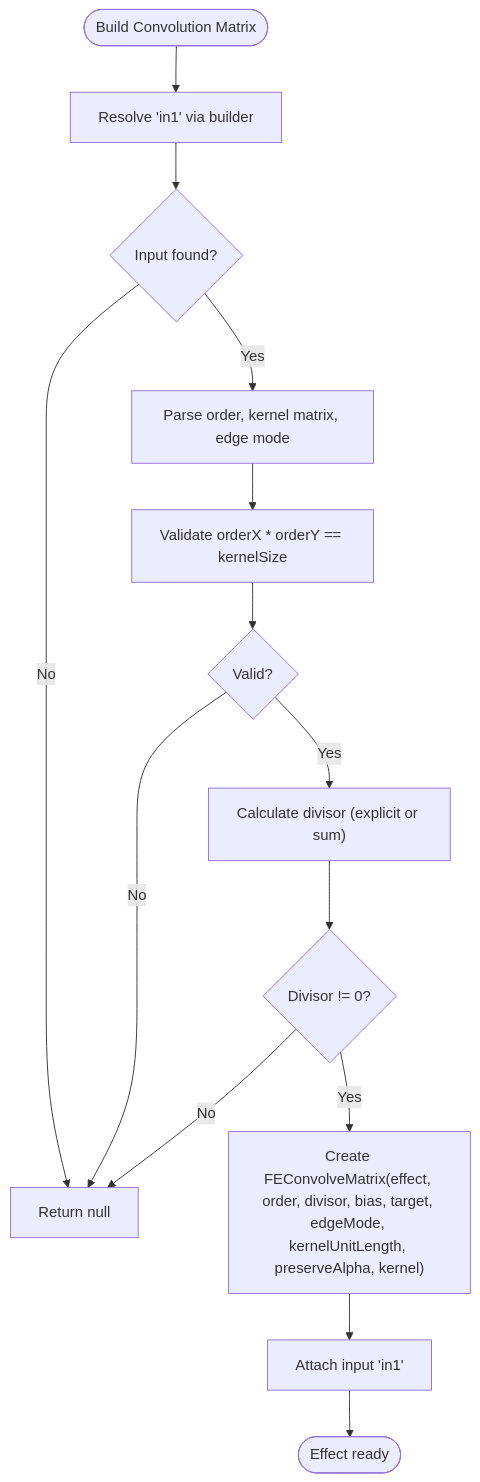
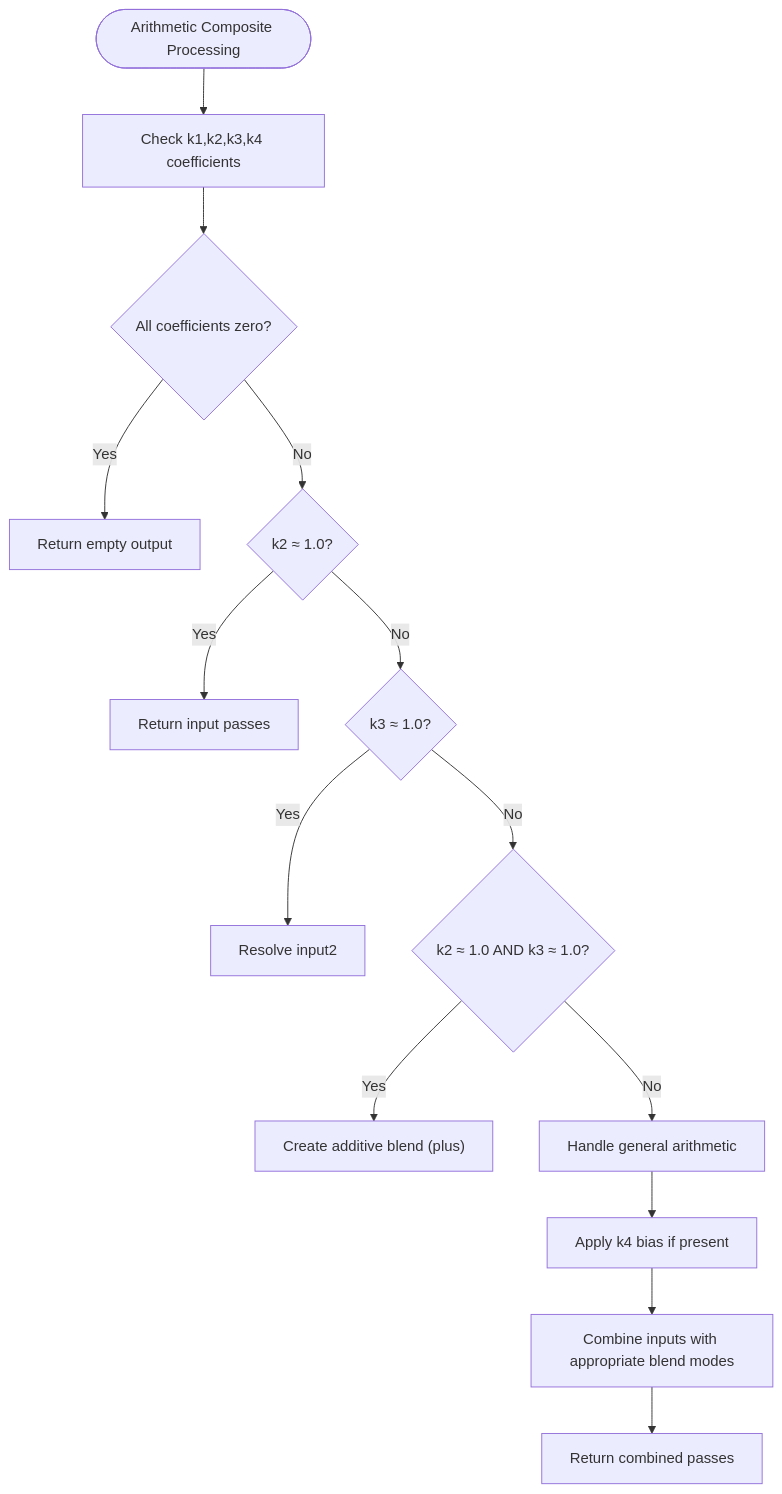
The fourth of 4 diagrams in .qoder/repowiki/en/content/Animated SVG Support/Advanced Animation Features/SVG Filters and Effects/SVG Filters and Effects.md (denisnadey/flutter_full_svg_support), drawn with Mermaid before and after one commit. The commit also changed other lines of this file and 31 other files, not shown here.

````diff
--- a/.qoder/repowiki/en/content/Animated SVG Support/Advanced Animation Features/SVG Filters and Effects/SVG Filters and Effects.md
+++ b/.qoder/repowiki/en/content/Animated SVG Support/Advanced Animation Features/SVG Filters and Effects/SVG Filters and Effects.md
@@ -398,16 +291,16 @@
 ```mermaid
 flowchart TD
-Start(["Build Convolution Matrix"]) --> GetIn["Resolve 'in1' via builder"]
-GetIn --> ValidIn{"Input found?"}
-ValidIn -- No --> Fail["Return null"]
-ValidIn -- Yes --> ParseParams["Parse order, kernel matrix, edge mode"]
-ParseParams --> Validate["Validate orderX * orderY == kernelSize"]
-Validate --> Valid{"Valid?"}
-Valid -- No --> Fail
-Valid -- Yes --> CalcDivisor["Calculate divisor (explicit or sum)"]
-CalcDivisor --> CheckDiv{"Divisor != 0?"}
-CheckDiv -- No --> Fail
-CheckDiv -- Yes --> Create["Create FEConvolveMatrix(effect, order, divisor, bias, target, edgeMode, kernelUnitLength, preserveAlpha, kernel)"]
-Create --> Attach["Attach input 'in1'"]
-Attach --> Done(["Effect ready"])
+Start(["Arithmetic Composite Processing"]) --> CheckCoeffs["Check k1,k2,k3,k4 coefficients"]
+CheckCoeffs --> AllZero{"All coefficients zero?"}
+AllZero -- Yes --> EmptyOutput["Return empty output"]
+AllZero -- No --> CheckK2One{"k2 ≈ 1.0?"}
+CheckK2One -- Yes --> ReturnInput["Return input passes"]
+CheckK2One -- No --> CheckK3One{"k3 ≈ 1.0?"}
+CheckK3One -- Yes --> ResolveInput2["Resolve input2"]
+CheckK3One -- No --> CheckK2K3{"k2 ≈ 1.0 AND k3 ≈ 1.0?"}
+CheckK2K3 -- Yes --> AdditiveBlend["Create additive blend (plus)"]
+CheckK2K3 -- No --> GeneralArithmetic["Handle general arithmetic"]
+GeneralArithmetic --> ApplyBias["Apply k4 bias if present"]
+ApplyBias --> CombineInputs["Combine inputs with appropriate blend modes"]
+CombineInputs --> ReturnResult["Return combined passes"]
 ```
````
